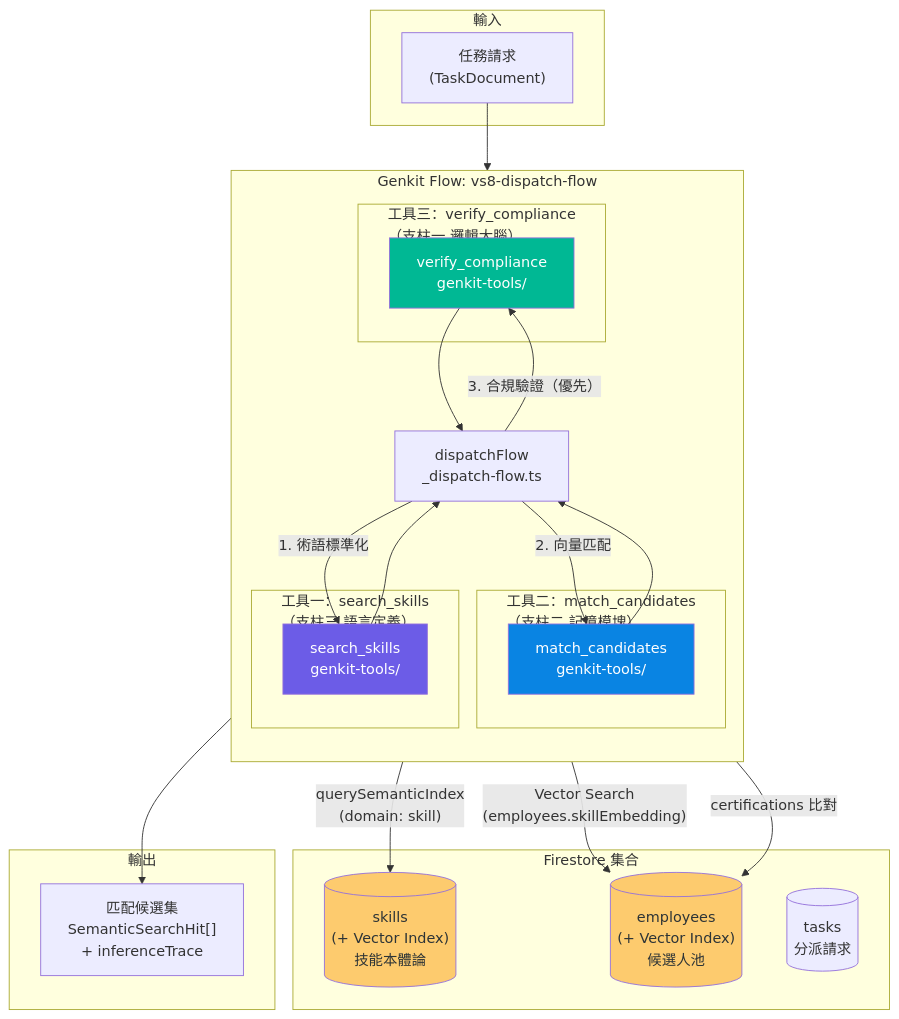
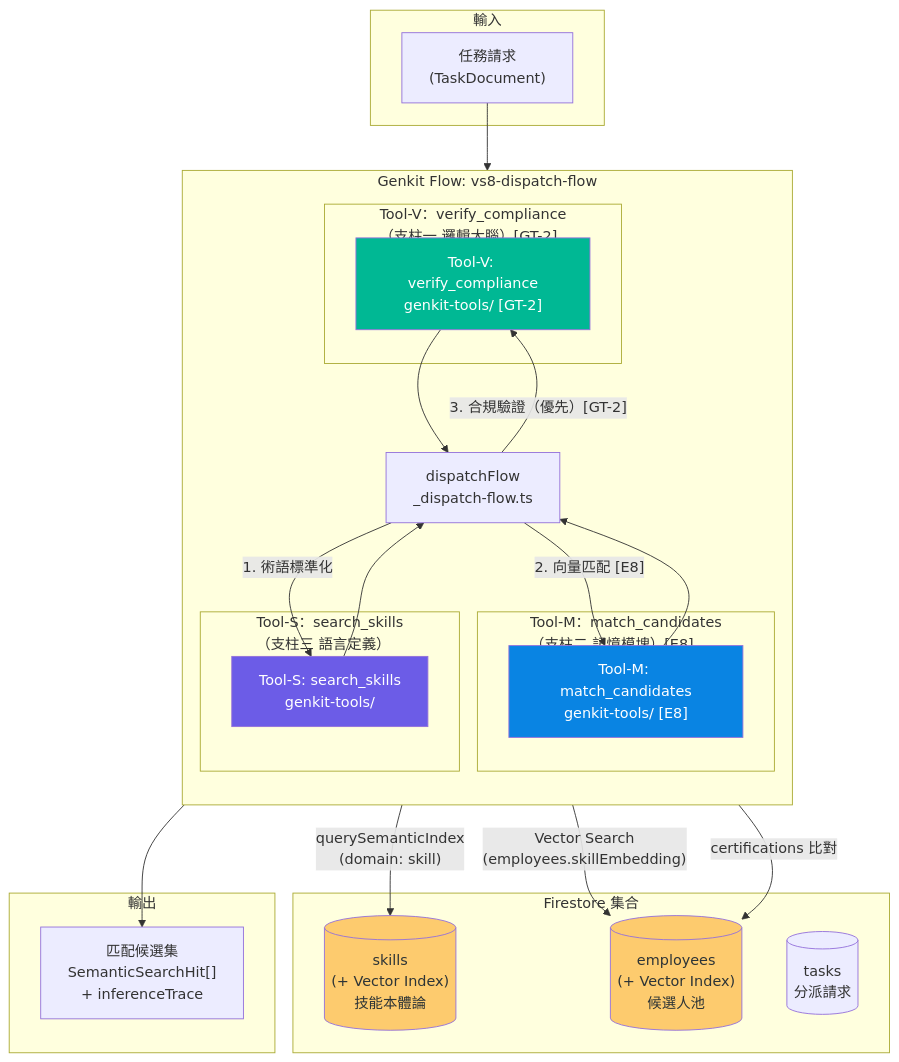
The seventh of 10 diagrams in docs/architecture/03-Slices/VS8-SemanticBrain/architecture-diagrams.md (7Spade/Xuanwu), drawn with Mermaid before and after one commit. The commit also changed other lines of this file and 32 other files, not shown here.

First line of the commit message:
docs: find and fix all remaining SSOT alignment gaps in docs/architecture/**

````diff
--- a/docs/architecture/03-Slices/VS8-SemanticBrain/architecture-diagrams.md
+++ b/docs/architecture/03-Slices/VS8-SemanticBrain/architecture-diagrams.md
@@ -212,54 +228,54 @@
 ```mermaid
 flowchart TD
   subgraph "輸入"
     TASK["任務請求\n(TaskDocument)"]
   end
 
   subgraph "Genkit Flow: vs8-dispatch-flow"
     direction TB
     FLOW["dispatchFlow\n_dispatch-flow.ts"]
 
-    subgraph "工具一：search_skills\n（支柱三 語言定義）"
-      T1["search_skills\ngenkit-tools/"]
+    subgraph "Tool-S：search_skills\n（支柱三 語言定義）"
+      T1["Tool-S: search_skills\ngenkit-tools/"]
     end
 
-    subgraph "工具二：match_candidates\n（支柱二 記憶模塊）"
-      T2["match_candidates\ngenkit-tools/"]
+    subgraph "Tool-M：match_candidates\n（支柱二 記憶模塊）[E8]"
+      T2["Tool-M: match_candidates\ngenkit-tools/ [E8]"]
     end
 
-    subgraph "工具三：verify_compliance\n（支柱一 邏輯大腦）"
-      T3["verify_compliance\ngenkit-tools/"]
+    subgraph "Tool-V：verify_compliance\n（支柱一 邏輯大腦）[GT-2]"
+      T3["Tool-V: verify_compliance\ngenkit-tools/ [GT-2]"]
     end
   end
 
   subgraph "Firestore 集合"
     FS_SKILLS[("skills\n(+ Vector Index)\n技能本體論")]
     FS_EMP[("employees\n(+ Vector Index)\n候選人池")]
     FS_TASKS[("tasks\n分派請求")]
   end
 
   subgraph "輸出"
     OUT["匹配候選集\nSemanticSearchHit[]\n+ inferenceTrace"]
   end
 
   TASK --> FLOW
   FLOW -- "1. 術語標準化" --> T1
-  FLOW -- "2. 向量匹配" --> T2
-  FLOW -- "3. 合規驗證（優先）" --> T3
+  FLOW -- "2. 向量匹配 [E8]" --> T2
+  FLOW -- "3. 合規驗證（優先）[GT-2]" --> T3
 
   T1 -- "querySemanticIndex\n(domain: skill)" --> FS_SKILLS
   T2 -- "Vector Search\n(employees.skillEmbedding)" --> FS_EMP
   T3 -- "certifications 比對" --> FS_EMP
 
   T1 --> FLOW
   T2 --> FLOW
   T3 --> FLOW
 
   FLOW --> OUT
 
   style T1 fill:#6c5ce7,color:#fff
   style T2 fill:#0984e3,color:#fff
   style T3 fill:#00b894,color:#fff
   style FS_SKILLS fill:#fdcb6e,color:#2d3436
   style FS_EMP fill:#fdcb6e,color:#2d3436
 ```
````
